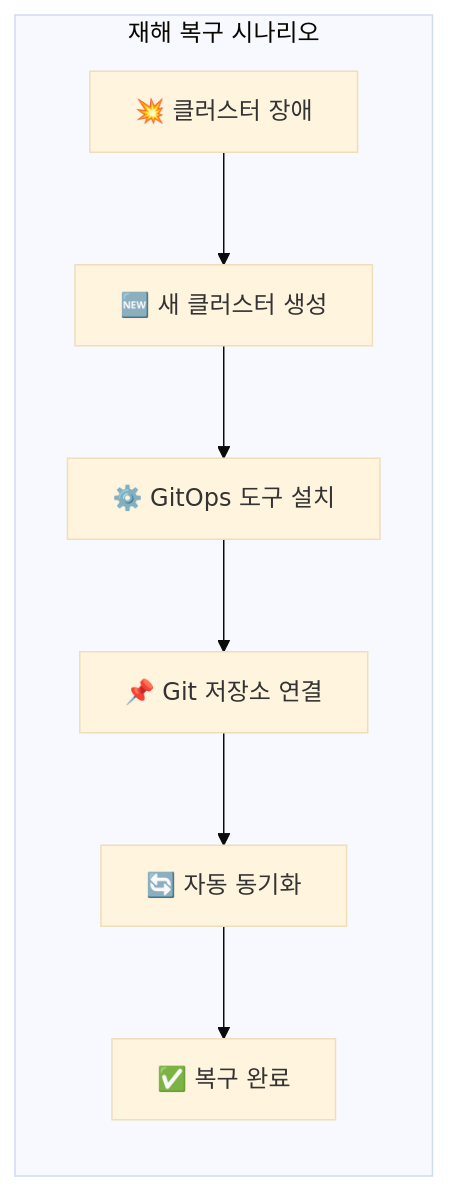
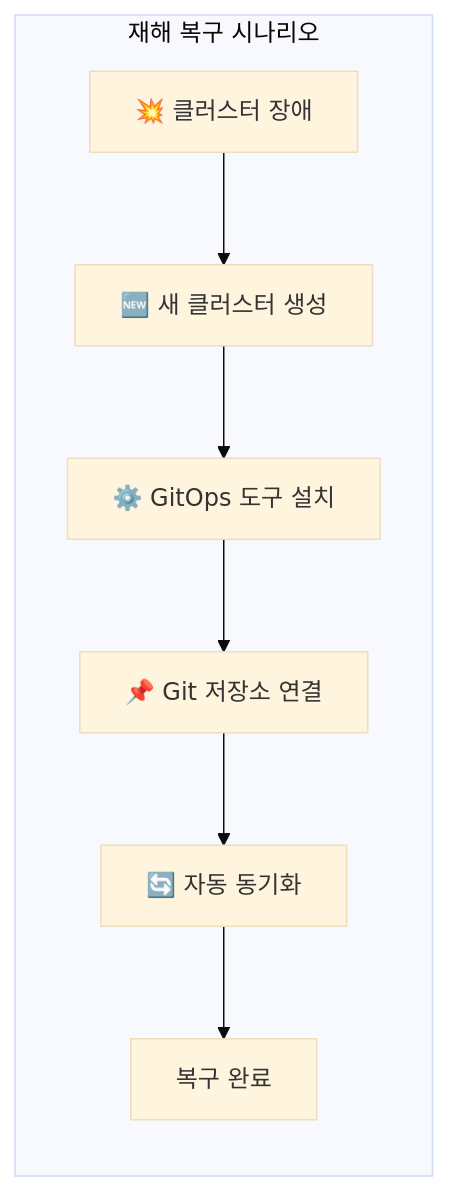
One commit to juwon8891/juwon8891.github.io changed the third of 41 diagrams in docs/cicd/week1-image-build.md. Above: the diagram before and after it, drawn with Mermaid (base theme). The commit also changed other lines of this file and 25 other files, not shown here.

````diff
--- a/docs/cicd/week1-image-build.md
+++ b/docs/cicd/week1-image-build.md
@@ -130,11 +130,12 @@
 ```mermaid
 graph LR
     subgraph "재해 복구 시나리오"
         DISASTER[💥 클러스터 장애] --> NEW_CLUSTER[🆕 새 클러스터 생성]
         NEW_CLUSTER --> INSTALL_GITOPS[⚙️ GitOps 도구 설치]
         INSTALL_GITOPS --> POINT_TO_GIT[📌 Git 저장소 연결]
         POINT_TO_GIT --> AUTO_SYNC[🔄 자동 동기화]
-        AUTO_SYNC --> RESTORED[✅ 복구 완료]
+        AUTO_SYNC --> RESTORED[복구 완료]
 
     end
+
 ```
````
